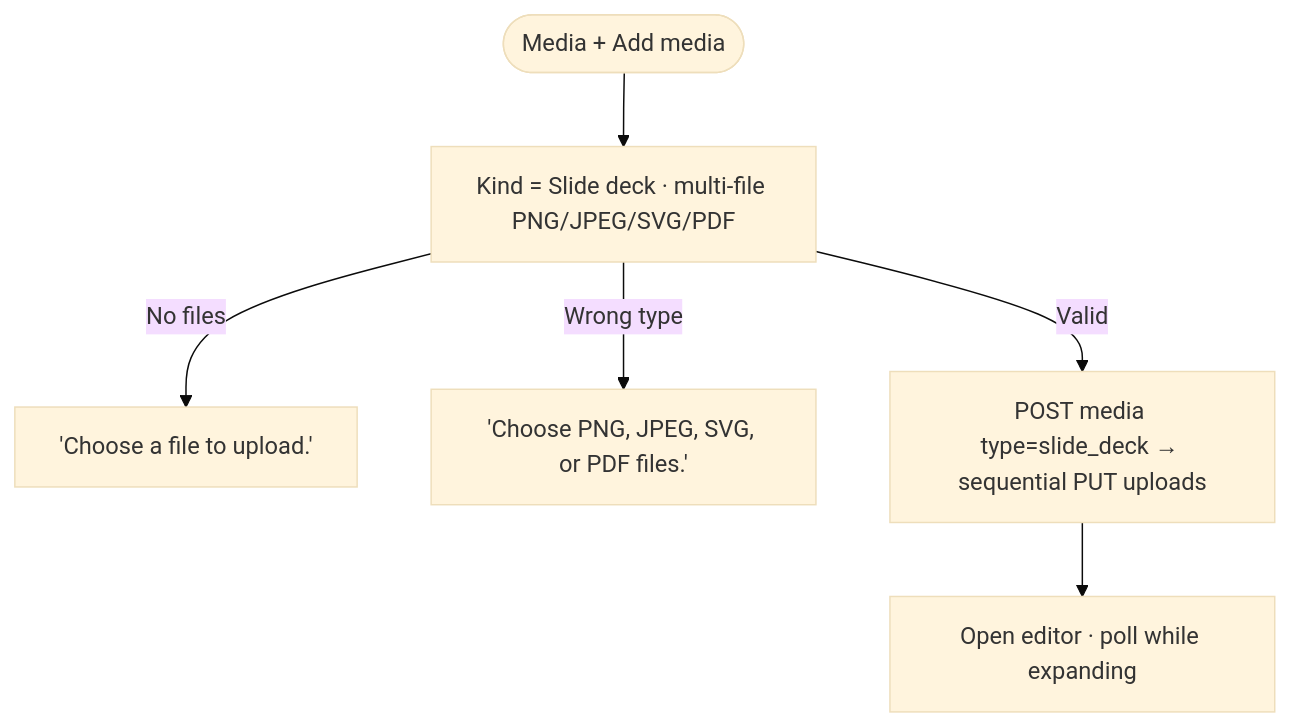
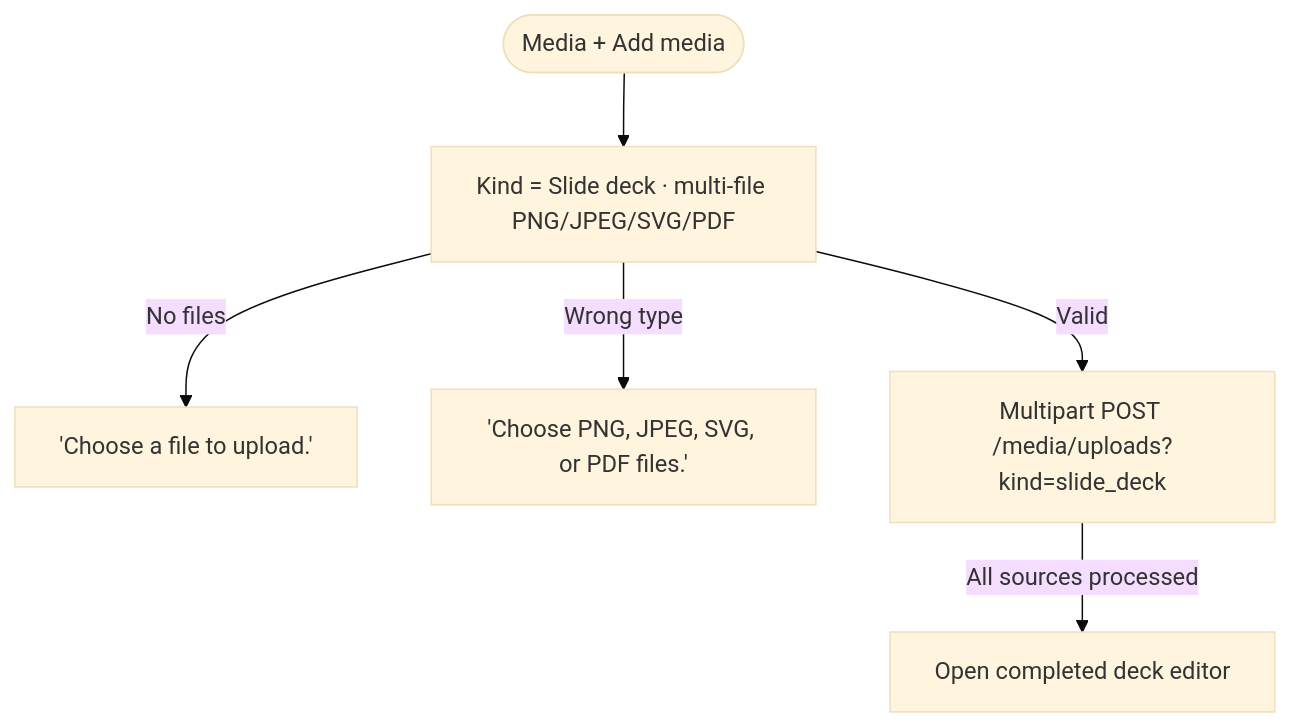
Diagram 51 of 56 in docs/architecture/frontend-user-flows.md (xilefmusics/worship_viewer), drawn with Mermaid (base theme) before and after one commit. The commit also changed other lines of this file and 62 other files, not shown here.

````diff
--- a/docs/architecture/frontend-user-flows.md
+++ b/docs/architecture/frontend-user-flows.md
@@ -881,8 +881,8 @@
 ```mermaid
 flowchart TD
     fab(["Media + Add media"]) --> dlg["Kind = Slide deck · multi-file PNG/JPEG/SVG/PDF"]
     dlg -->|No files| guard["'Choose a file to upload.'"]
     dlg -->|Wrong type| type["'Choose PNG, JPEG, SVG, or PDF files.'"]
-    dlg -->|Valid| create["POST media type=slide_deck → sequential PUT uploads"]
-    create --> editor["Open editor · poll while expanding"]
+    dlg -->|Valid| create["Multipart POST /media/uploads?kind=slide_deck"]
+    create -->|All sources processed| editor["Open completed deck editor"]
 ```
````
